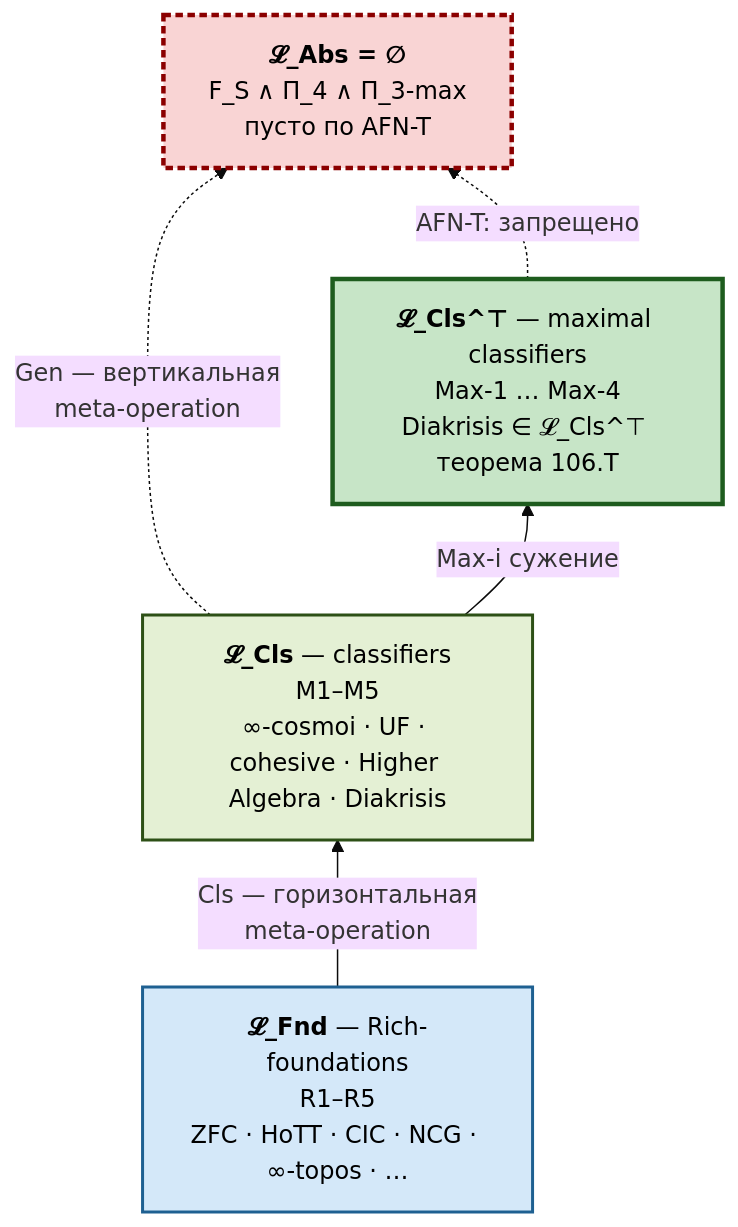
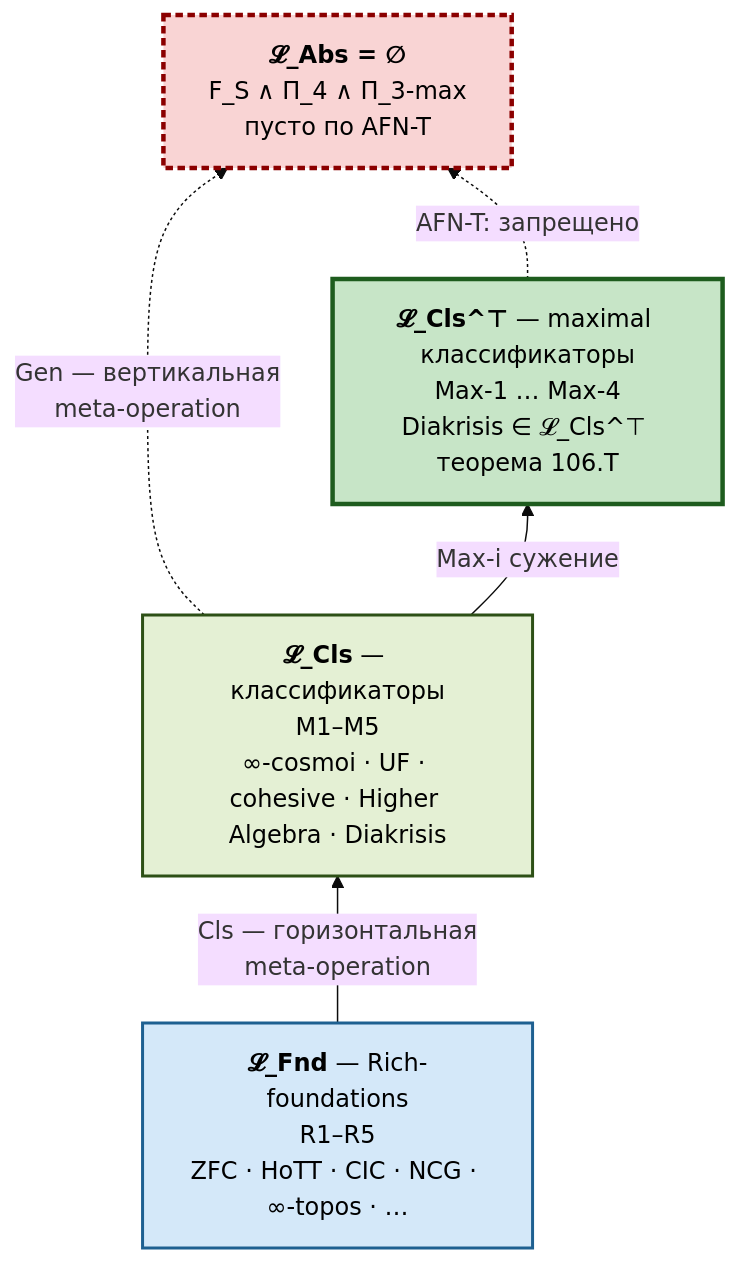
Before and after one commit to gst-st/diakrisis: the second of 7 diagrams in docs/intro.md, drawn with Mermaid (base theme). The commit also changed other lines of this file and 45 other files, not shown here.

````diff
--- a/docs/intro.md
+++ b/docs/intro.md
@@ -65,17 +67,17 @@
 ```mermaid
 flowchart BT
     classDef fnd fill:#d4e8f9,stroke:#1e6091,stroke-width:2px,color:#000
     classDef cls fill:#e4f0d4,stroke:#2d5016,stroke-width:2px,color:#000
     classDef max fill:#c7e5c7,stroke:#1e5c1e,stroke-width:3px,color:#000
     classDef abs fill:#f9d4d4,stroke:#8b0000,stroke-width:3px,stroke-dasharray:5 3,color:#000
 
     FND["<b>𝓛_Fnd</b> — Rich-foundations<br/>R1–R5<br/>ZFC · HoTT · CIC · NCG · ∞-topos · …"]:::fnd
-    CLS["<b>𝓛_Cls</b> — classifiers<br/>M1–M5<br/>∞-cosmoi · UF · cohesive · Higher Algebra · Diakrisis"]:::cls
-    MAX["<b>𝓛_Cls^⊤</b> — maximal classifiers<br/>Max-1 … Max-4<br/>Diakrisis ∈ 𝓛_Cls^⊤ теорема 106.T"]:::max
+    CLS["<b>𝓛_Cls</b> — классификаторы<br/>M1–M5<br/>∞-cosmoi · UF · cohesive · Higher Algebra · Diakrisis"]:::cls
+    MAX["<b>𝓛_Cls^⊤</b> — maximal классификаторы<br/>Max-1 … Max-4<br/>Diakrisis ∈ 𝓛_Cls^⊤ теорема 106.T"]:::max
     ABS["<b>𝓛_Abs = ∅</b><br/>F_S ∧ Π_4 ∧ Π_3-max<br/>пусто по AFN-T"]:::abs
 
     FND -->|"Cls — горизонтальная<br/>meta-operation"| CLS
     CLS -->|"Max-i сужение"| MAX
     CLS -.->|"Gen — вертикальная<br/>meta-operation"| ABS
     MAX -.->|"AFN-T: запрещено"| ABS
 ```
````
